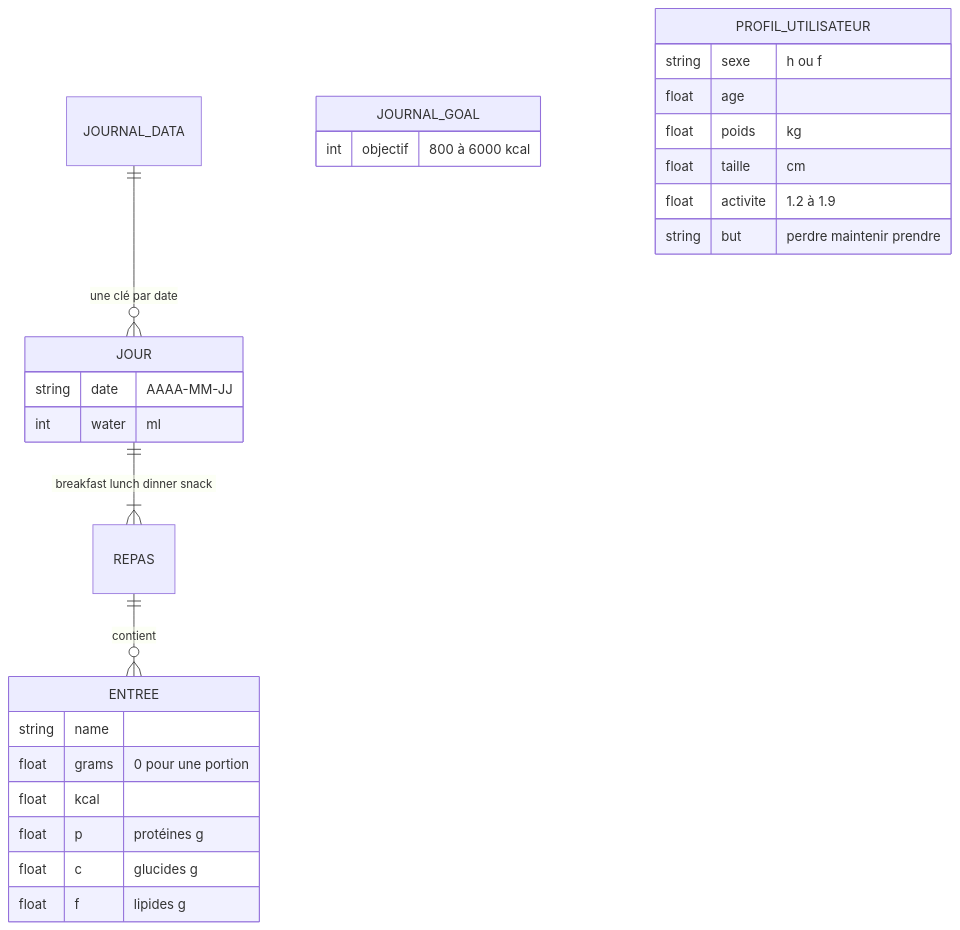
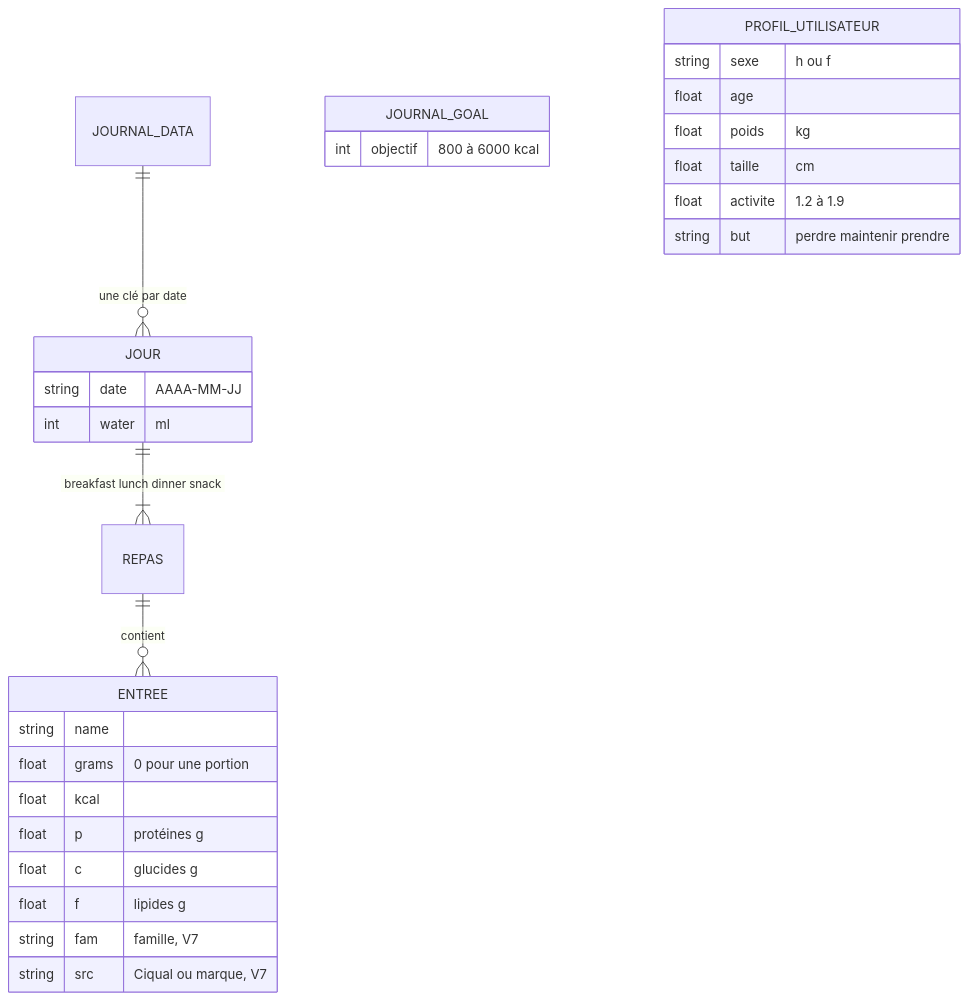
The third of 6 diagrams in technique.md (Sami-Le/generateur-de-recettes), drawn with Mermaid before and after one commit. The commit also changed other lines of this file and 5 other files, not shown here.

First line of the commit message:
V7 : icônes par famille d'aliments, tolérance aux fautes de frappe, graphisme retouché

````diff
--- a/technique.md
+++ b/technique.md
@@ -98,29 +102,31 @@
 ```mermaid
 erDiagram
     JOURNAL_DATA ||--o{ JOUR : "une clé par date"
     JOUR ||--|{ REPAS : "breakfast lunch dinner snack"
     REPAS ||--o{ ENTREE : contient
     JOURNAL_GOAL {
         int objectif "800 à 6000 kcal"
     }
     PROFIL_UTILISATEUR {
         string sexe "h ou f"
         float age
         float poids "kg"
         float taille "cm"
         float activite "1.2 à 1.9"
         string but "perdre maintenir prendre"
     }
     JOUR {
         string date "AAAA-MM-JJ"
         int water "ml"
     }
     ENTREE {
         string name
         float grams "0 pour une portion"
         float kcal
         float p "protéines g"
         float c "glucides g"
         float f "lipides g"
+        string fam "famille, V7"
+        string src "Ciqual ou marque, V7"
     }
 ```
````
